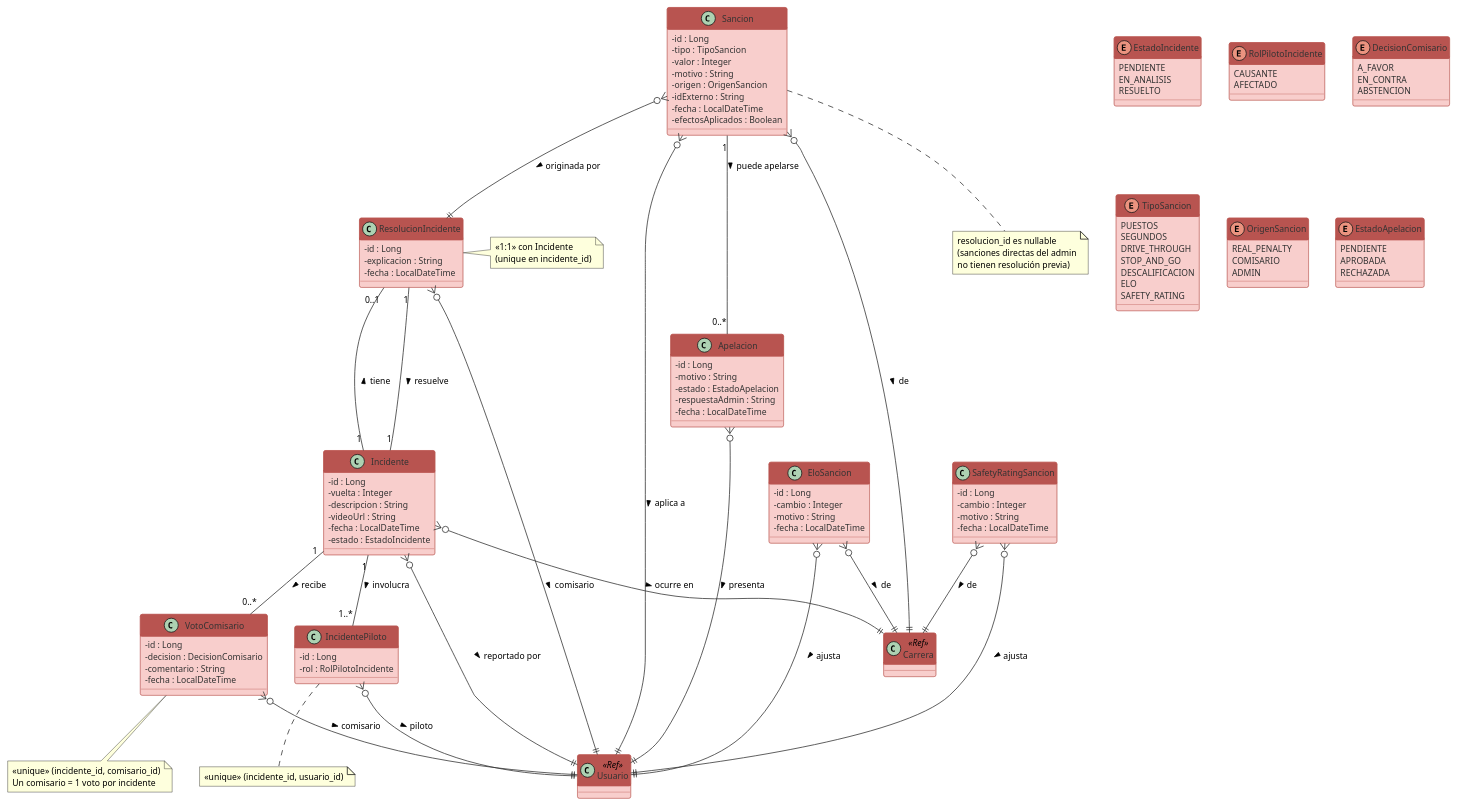
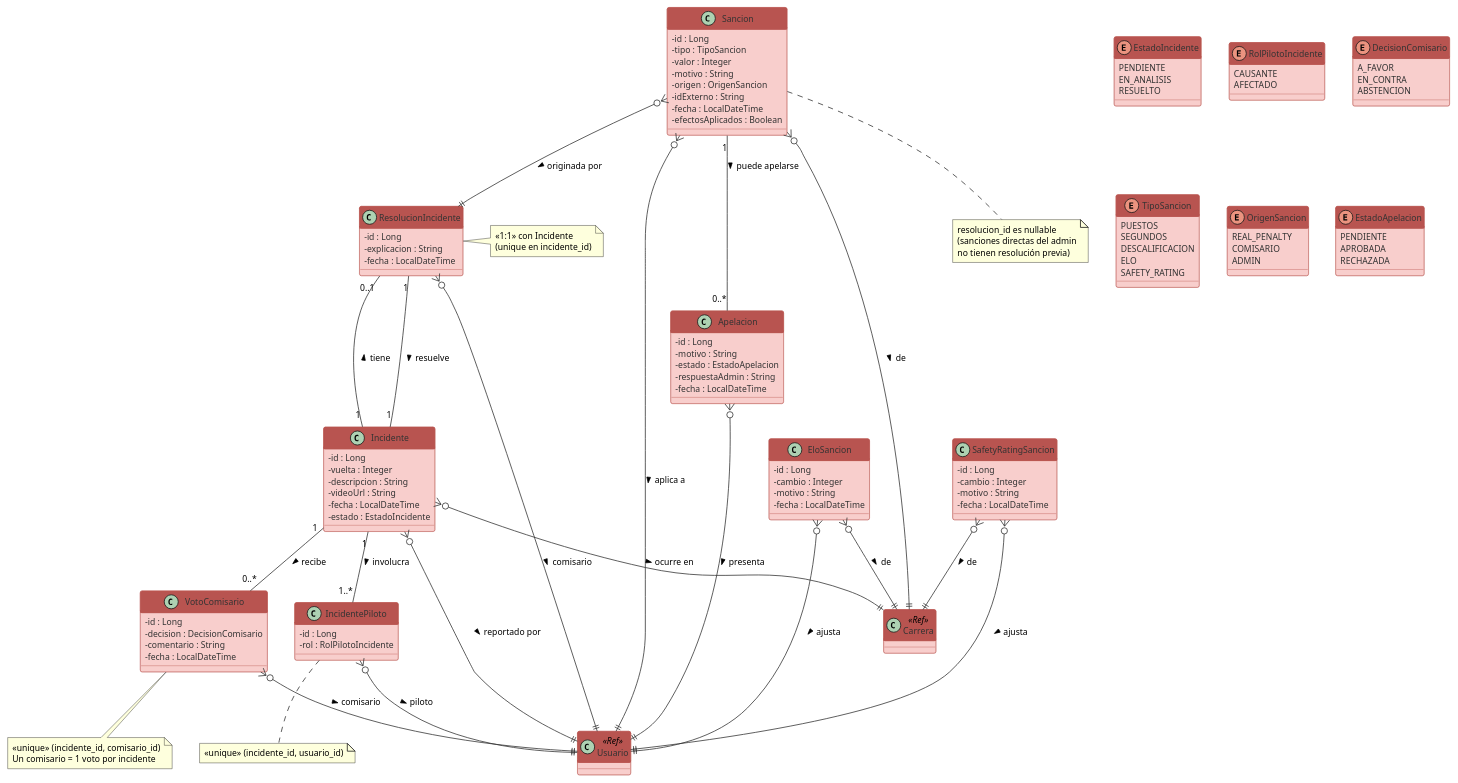
The diagram in docs/uml-clases-incidentes.puml (matifl3/LFMN), drawn with PlantUML before and after one commit. The commit also changed 5 other files, not shown here.

First line of the commit message:
refactor(sanciones): quitar los tipos DRIVE_THROUGH y STOP_AND_GO

```diff
--- a/docs/uml-clases-incidentes.puml
+++ b/docs/uml-clases-incidentes.puml
@@ -1,183 +1,181 @@
 @startuml uml-clases-incidentes
 ' ═══════════════════════════════════════════════════════════════════════
 ' Diagrama de Clases - INCIDENTES, SANCIONES, APELACIONES, RATING
 ' Proyecto: Low Fuel Motorsport
 ' ═══════════════════════════════════════════════════════════════════════
 
 skinparam classAttributeIconSize 0
 skinparam classFontSize 13
 skinparam classFontName Consolas
 skinparam defaultFontSize 11
 skinparam shadowing false
 
 skinparam class {
   BackgroundColor #f8cecc
   BorderColor #b85450
   HeaderBackgroundColor #b85450
   HeaderFontColor #ffffff
   AttributeFontColor #333333
   ArrowColor #333333
 }
 
 skinparam package {
   BackgroundColor #f5f5f5
   BorderColor #aaaaaa
 }
 
 ' ── Enums ─────────────────────────────────────────────────────────────
 
 enum EstadoIncidente {
   PENDIENTE
   EN_ANALISIS
   RESUELTO
 }
 
 enum RolPilotoIncidente {
   CAUSANTE
   AFECTADO
 }
 
 enum DecisionComisario {
   A_FAVOR
   EN_CONTRA
   ABSTENCION
 }
 
 enum TipoSancion {
   PUESTOS
   SEGUNDOS
-  DRIVE_THROUGH
-  STOP_AND_GO
   DESCALIFICACION
   ELO
   SAFETY_RATING
 }
 
 enum OrigenSancion {
   REAL_PENALTY
   COMISARIO
   ADMIN
 }
 
 enum EstadoApelacion {
   PENDIENTE
   APROBADA
   RECHAZADA
 }
 
 ' ── Entidades ─────────────────────────────────────────────────────────
 
 class Incidente {
   - id : Long
   - vuelta : Integer
   - descripcion : String
   - videoUrl : String
   - fecha : LocalDateTime
   - estado : EstadoIncidente
 }
 
 class IncidentePiloto {
   - id : Long
   - rol : RolPilotoIncidente
 }
 
 class VotoComisario {
   - id : Long
   - decision : DecisionComisario
   - comentario : String
   - fecha : LocalDateTime
 }
 
 class ResolucionIncidente {
   - id : Long
   - explicacion : String
   - fecha : LocalDateTime
 }
 
 class Sancion {
   - id : Long
   - tipo : TipoSancion
   - valor : Integer
   - motivo : String
   - origen : OrigenSancion
   - idExterno : String
   - fecha : LocalDateTime
   - efectosAplicados : Boolean
 }
 
 class Apelacion {
   - id : Long
   - motivo : String
   - estado : EstadoApelacion
   - respuestaAdmin : String
   - fecha : LocalDateTime
 }
 
 class EloSancion {
   - id : Long
   - cambio : Integer
   - motivo : String
   - fecha : LocalDateTime
 }
 
 class SafetyRatingSancion {
   - id : Long
   - cambio : Integer
   - motivo : String
   - fecha : LocalDateTime
 }
 
 ' ── Relaciones ────────────────────────────────────────────────────────
 
 class Carrera <<Ref>>
 class Usuario <<Ref>>
 
 Incidente "1" -- "1..*" IncidentePiloto : involucra >
 Incidente "1" -- "0..*" VotoComisario : recibe >
 Incidente "1" -- "0..1" ResolucionIncidente : tiene >
 
 ResolucionIncidente "1" -- "1" Incidente : resuelve >
 ResolucionIncidente }o--|| Usuario : comisario >
 
 IncidentePiloto }o--|| Usuario : piloto >
 VotoComisario }o--|| Usuario : comisario >
 
 Incidente }o--|| Carrera : ocurre en >
 Incidente }o--|| Usuario : reportado por >
 
 Sancion "1" -- "0..*" Apelacion : puede apelarse >
 Sancion }o--|| Usuario : aplica a >
 Sancion }o--|| Carrera : de >
 Sancion }o--|| ResolucionIncidente : originada por >
 
 Apelacion }o--|| Usuario : presenta >
 
 EloSancion }o--|| Usuario : ajusta >
 EloSancion }o--|| Carrera : de >
 
 SafetyRatingSancion }o--|| Usuario : ajusta >
 SafetyRatingSancion }o--|| Carrera : de >
 
 ' ── Notes ─────────────────────────────────────────────────────────────
 
 note bottom of IncidentePiloto
   <<unique>> (incidente_id, usuario_id)
 end note
 
 note bottom of VotoComisario
   <<unique>> (incidente_id, comisario_id)
   Un comisario = 1 voto por incidente
 end note
 
 note right of ResolucionIncidente
   <<1:1>> con Incidente
   (unique en incidente_id)
 end note
 
 note bottom of Sancion
   resolucion_id es nullable
   (sanciones directas del admin
   no tienen resolución previa)
 end note
 
 @enduml
```
